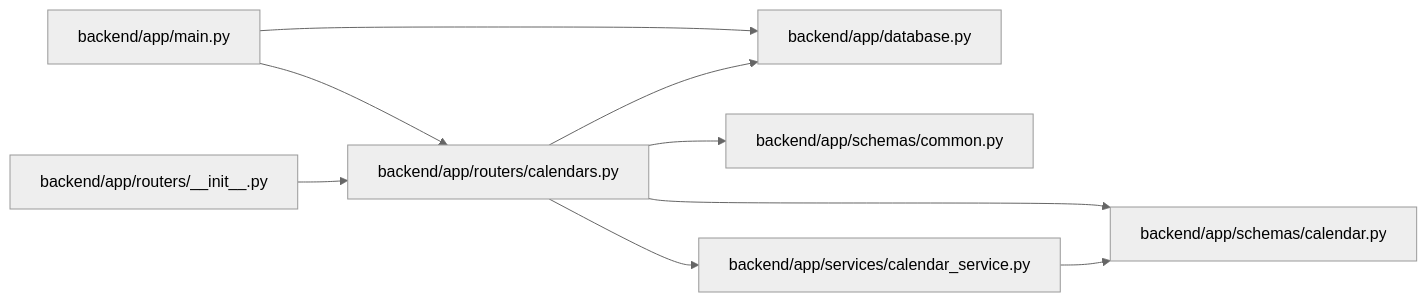
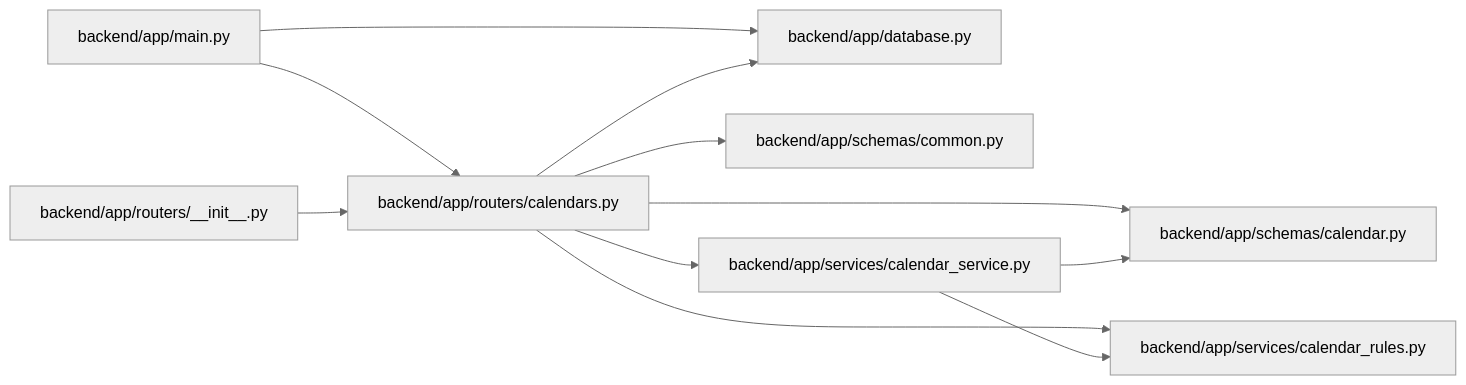
One commit to Denissvgn/WorkChord changed the diagram in docs/llm_wiki/modules/calendars.md. Above: the diagram before and after it, drawn with Mermaid (neutral theme). The commit also changed other lines of this file and 920 other files, not shown here.

````diff
--- a/docs/llm_wiki/modules/calendars.md
+++ b/docs/llm_wiki/modules/calendars.md
@@ -25,25 +26,29 @@
 ```mermaid
 flowchart LR
     n0["backend/app/database.py"]
     n1["backend/app/main.py"]
     n2["backend/app/routers/__init__.py"]
     n3["backend/app/routers/calendars.py"]
     n4["backend/app/schemas/calendar.py"]
     n5["backend/app/schemas/common.py"]
-    n6["backend/app/services/calendar_service.py"]
+    n6["backend/app/services/calendar_rules.py"]
+    n7["backend/app/services/calendar_service.py"]
     n1 --> n0
     n1 --> n3
     n2 --> n3
     n3 --> n0
     n3 --> n4
     n3 --> n5
     n3 --> n6
-    n6 --> n4
+    n3 --> n7
+    n7 --> n4
+    n7 --> n6
     click n0 "../modules/app_database.md"
     click n1 "../modules/app_main.md"
     click n2 "../modules/routers___init__.md"
     click n3 "../modules/calendars.md"
     click n4 "../modules/schemas_calendar.md"
     click n5 "../modules/schemas_common.md"
-    click n6 "../modules/calendar_service.md"
+    click n6 "../modules/calendar_rules.md"
+    click n7 "../modules/calendar_service.md"
 ```
````
